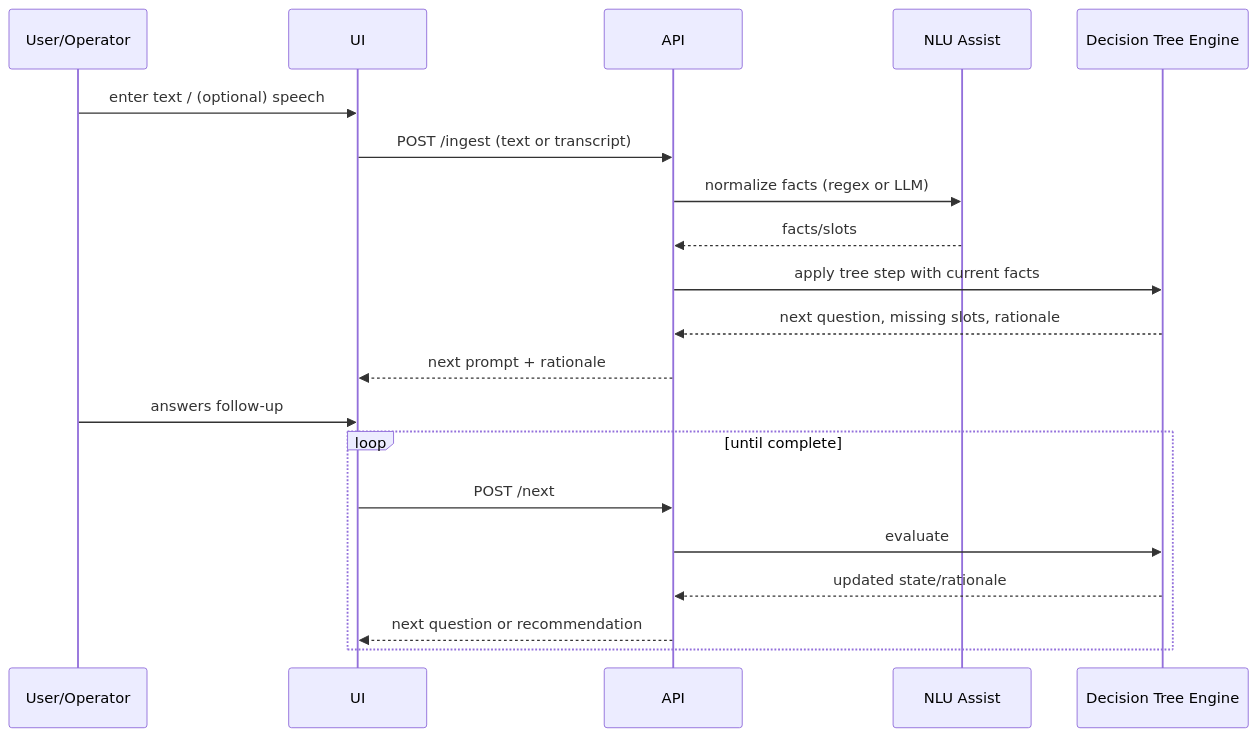
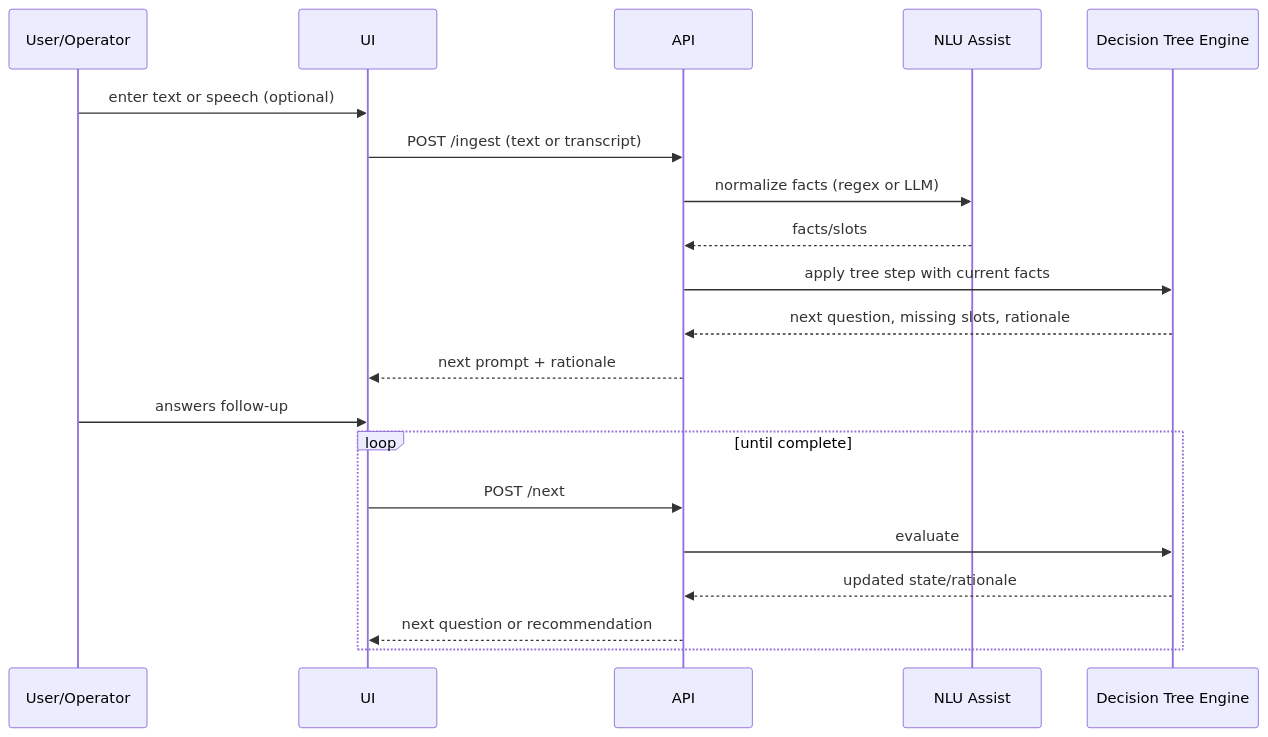
One commit to reshmi-chandran/decision-tree changed the second of 2 diagrams in ARCHITECTURE.md. Above: the diagram before and after it, drawn with Mermaid. The commit also changed other lines of this file, not shown here.

Commit message:
Refine architecture diagrams for clarity and consistency. Updated flowchart labels and sequence diagram descriptions to enhance understanding of interactions between UI, API, NLU, and Decision Tree Engine.

````diff
--- a/ARCHITECTURE.md
+++ b/ARCHITECTURE.md
@@ -26,22 +32,22 @@
 ```mermaid
 sequenceDiagram
   participant U as User/Operator
   participant UI as UI
   participant API as API
   participant NLU as NLU Assist
   participant DT as Decision Tree Engine
-  U->>UI: enter text / (optional) speech
+  U->>UI: enter text or speech (optional)
   UI->>API: POST /ingest (text or transcript)
   API->>NLU: normalize facts (regex or LLM)
   NLU-->>API: facts/slots
   API->>DT: apply tree step with current facts
   DT-->>API: next question, missing slots, rationale
   API-->>UI: next prompt + rationale
   U->>UI: answers follow-up
   loop until complete
     UI->>API: POST /next
     API->>DT: evaluate
     DT-->>API: updated state/rationale
     API-->>UI: next question or recommendation
   end
 ```
````
